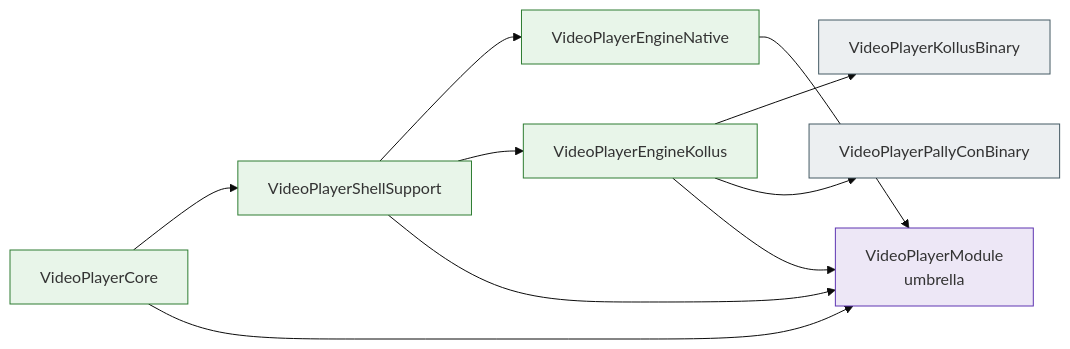
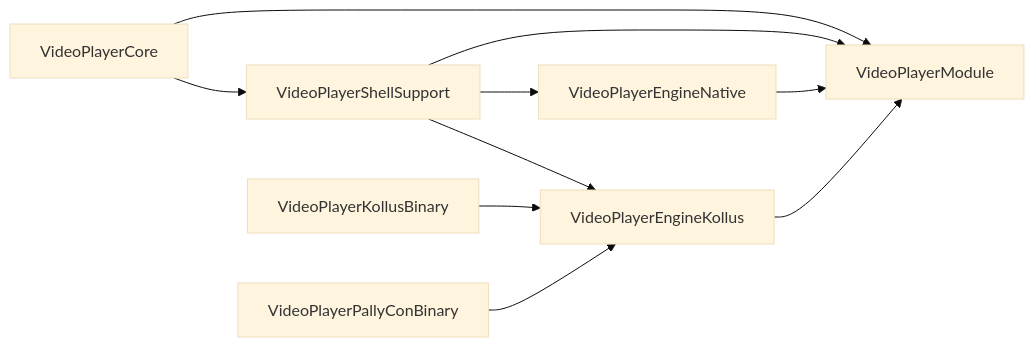
Before and after one commit to megastudymobile/ms-videoplayer-ios: the second of 3 diagrams in README.md, drawn with Mermaid (base theme). The commit also changed other lines of this file and 2 other files, not shown here.

First line of the commit message:
Add Kollus SDK Implementation Guide and update reference documentation

````diff
--- a/README.md
+++ b/README.md
@@ -104,20 +63,20 @@
 ```mermaid
-graph LR
-    A[VideoPlayerCore] --> B[VideoPlayerShellSupport]
-    B --> C[VideoPlayerEngineNative]
-    B --> D[VideoPlayerEngineKollus]
-    D --> K[VideoPlayerKollusBinary]
-    D --> P[VideoPlayerPallyConBinary]
-    C --> U[VideoPlayerModule<br/>umbrella]
-    D --> U
-    A --> U
-    B --> U
+flowchart LR
+    Core[VideoPlayerCore]
+    Shell[VideoPlayerShellSupport]
+    Native[VideoPlayerEngineNative]
+    Kollus[VideoPlayerEngineKollus]
+    KollusBinary[VideoPlayerKollusBinary]
+    PallyConBinary[VideoPlayerPallyConBinary]
+    Umbrella[VideoPlayerModule]
 
-    classDef core fill:#e8f5e9,stroke:#2e7d32;
-    classDef bin fill:#eceff1,stroke:#455a64;
-    classDef umb fill:#ede7f6,stroke:#5e35b1;
-    class A,B core;
-    class C,D core;
-    class K,P bin;
-    class U umb;
+    Core --> Shell
+    Shell --> Native
+    Shell --> Kollus
+    KollusBinary --> Kollus
+    PallyConBinary --> Kollus
+    Core --> Umbrella
+    Shell --> Umbrella
+    Native --> Umbrella
+    Kollus --> Umbrella
 ```
````
